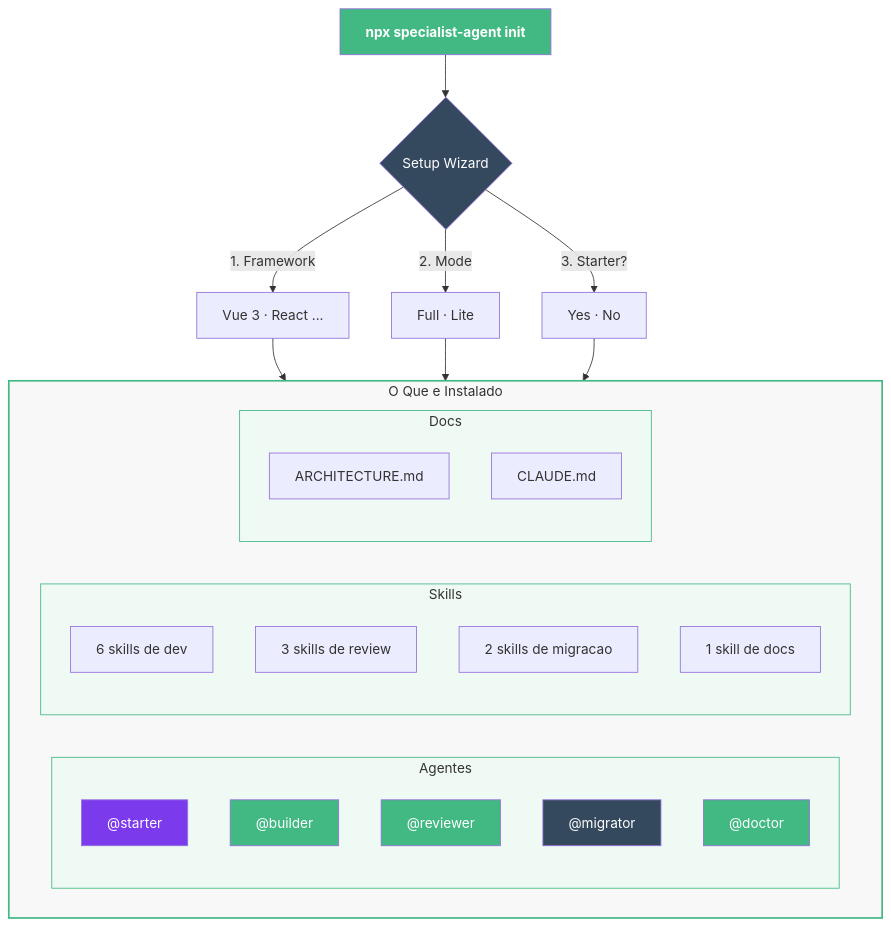
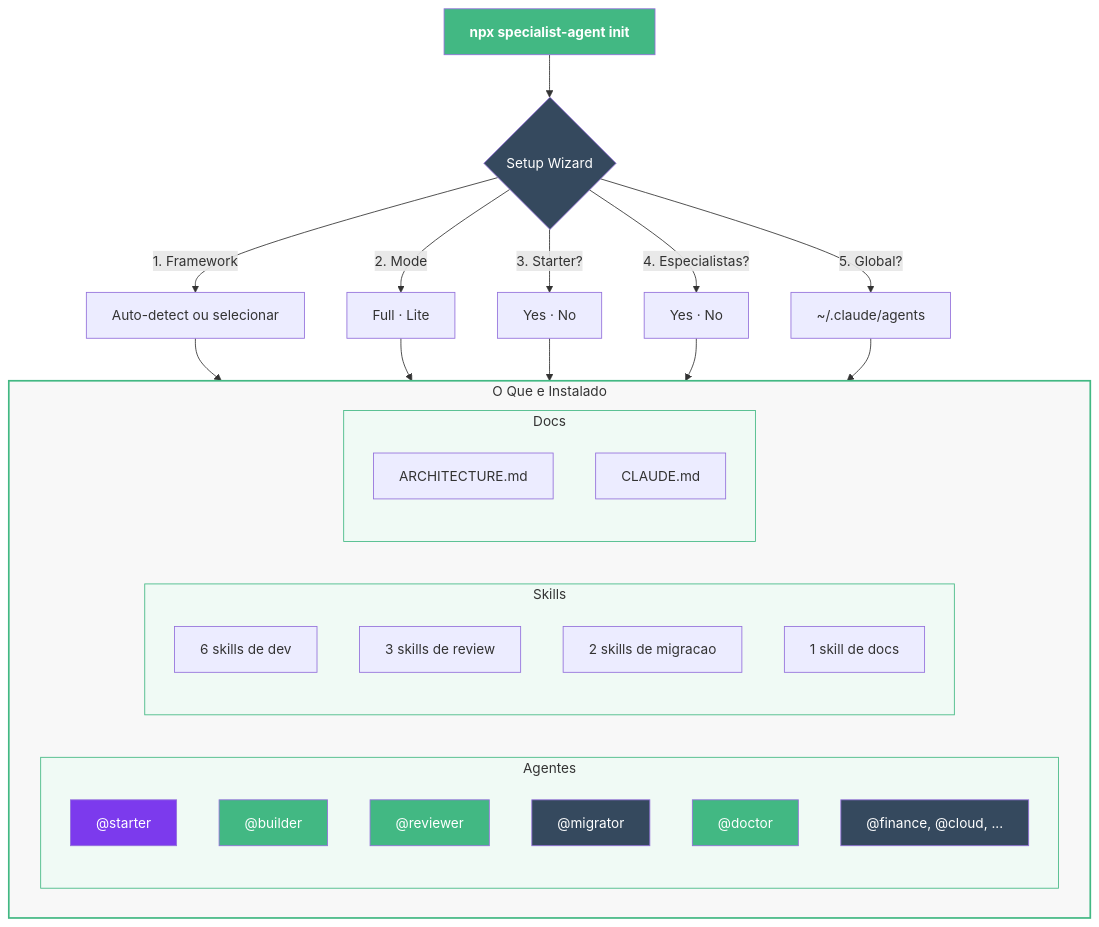
The diagram in docs/pt-BR/guide/installation.md (HerbertJulio/specialist-agent), drawn with Mermaid before and after one commit. The commit also changed other lines of this file and 2 other files, not shown here.

First line of the commit message:
docs: update wizard steps to reflect new CLI features

````diff
--- a/docs/pt-BR/guide/installation.md
+++ b/docs/pt-BR/guide/installation.md
@@ -25,51 +28,57 @@
 ```mermaid
 graph TB
     setup["npx specialist-agent init"] --> wizard{"Setup Wizard"}
 
-    wizard -->|"1. Framework"| pack["Vue 3 · React ..."]
+    wizard -->|"1. Framework"| pack["Auto-detect ou selecionar"]
     wizard -->|"2. Mode"| mode["Full · Lite"]
     wizard -->|"3. Starter?"| starter["Yes · No"]
+    wizard -->|"4. Especialistas?"| specialists["Yes · No"]
+    wizard -->|"5. Global?"| global["~/.claude/agents"]
 
     subgraph installed["  O Que e Instalado  "]
         direction LR
 
         subgraph ag[" Agentes "]
             direction TB
             a1["@starter"]
             a2["@builder"]
             a3["@reviewer"]
             a4["@migrator"]
             a5["@doctor"]
+            a6["@finance, @cloud, ..."]
         end
 
         subgraph sk[" Skills "]
             direction TB
             s1["6 skills de dev"]
             s2["3 skills de review"]
             s3["2 skills de migracao"]
             s4["1 skill de docs"]
         end
 
         subgraph dc[" Docs "]
             direction TB
             d1["ARCHITECTURE.md"]
             d2["CLAUDE.md"]
         end
     end
 
     pack --> installed
     mode --> installed
     starter --> installed
+    specialists --> installed
+    global --> installed
 
     style setup fill:#42b883,color:#fff,font-weight:bold
     style wizard fill:#35495e,color:#fff
     style installed fill:#f8f8f8,stroke:#42b883,stroke-width:2px
     style ag fill:#f0faf5,stroke:#42b883
     style sk fill:#f0faf5,stroke:#42b883
     style dc fill:#f0faf5,stroke:#42b883
     style a1 fill:#7c3aed,color:#fff
     style a2 fill:#42b883,color:#fff
     style a3 fill:#42b883,color:#fff
     style a4 fill:#35495e,color:#fff
     style a5 fill:#42b883,color:#fff
+    style a6 fill:#35495e,color:#fff
 ```
````
